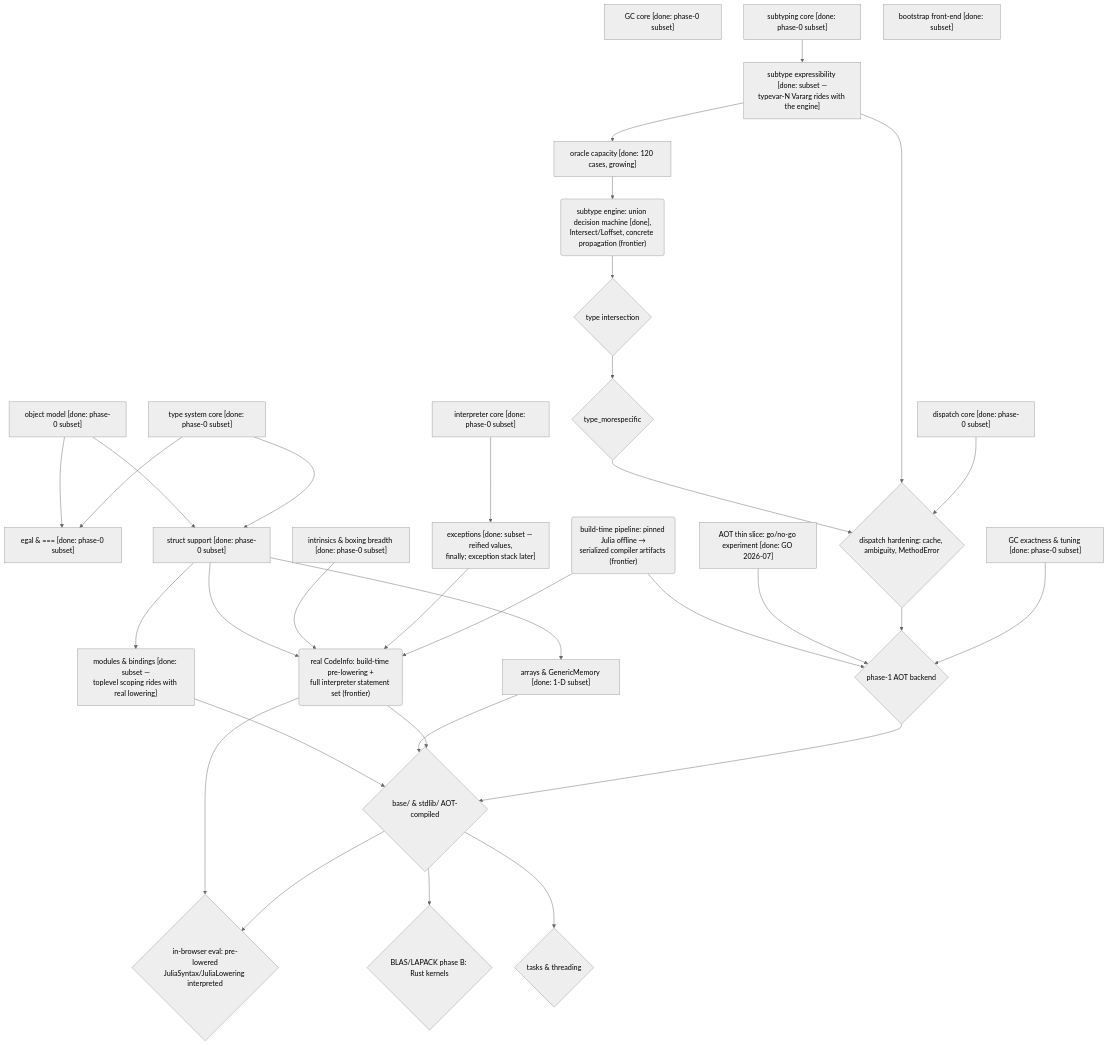
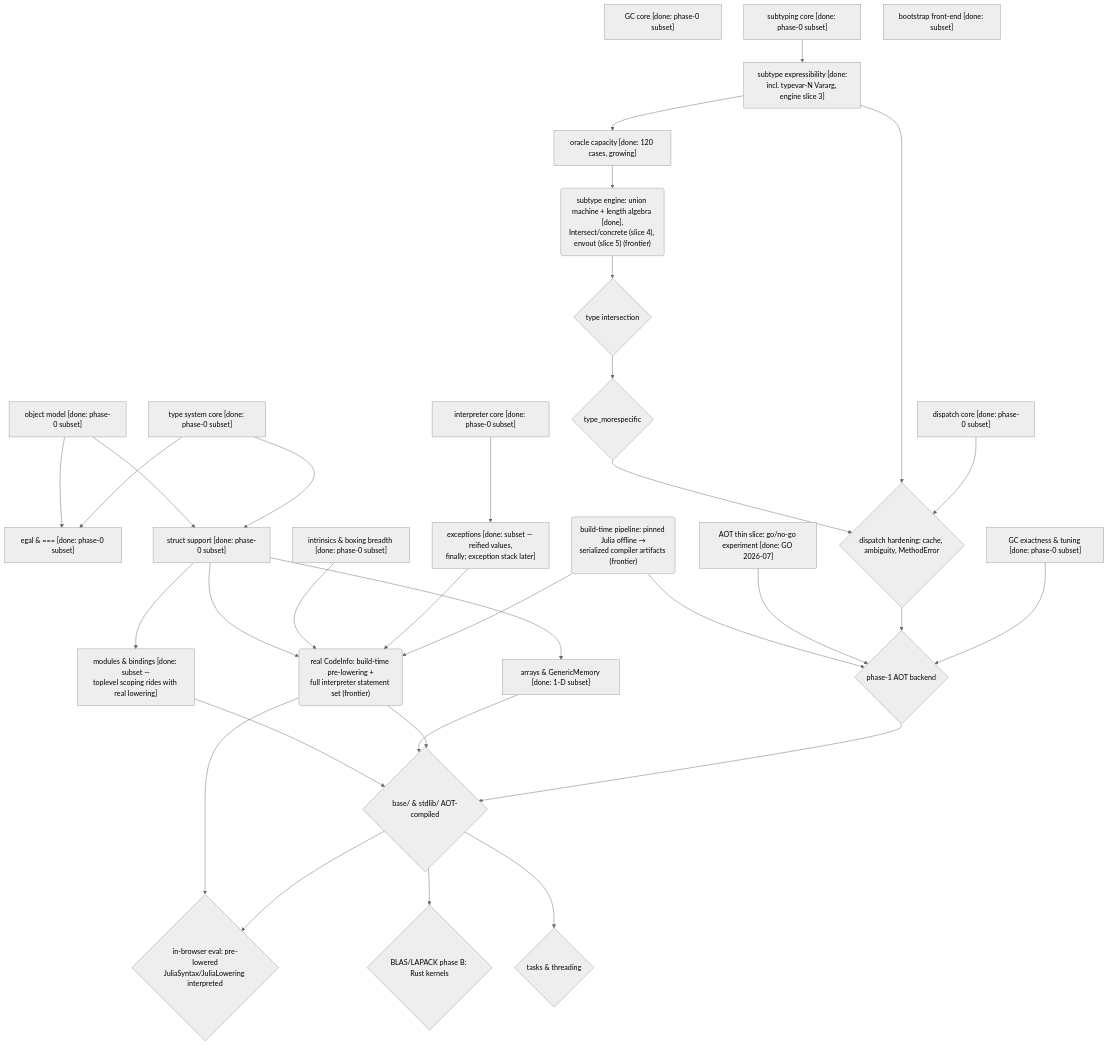
One commit to andy-emerson/Ruju changed the diagram in design/strategy.md. Above: the diagram before and after it, drawn with Mermaid (neutral theme). The commit also changed other lines of this file and 7 other files, not shown here.

````diff
--- a/design/strategy.md
+++ b/design/strategy.md
@@ -127,65 +127,65 @@
 ```mermaid
 flowchart TD
     OBJ["object model [done: phase-0 subset]"]
     GC0["GC core [done: phase-0 subset]"]
     TYPES["type system core [done: phase-0 subset]"]
     SUB0["subtyping core [done: phase-0 subset]"]
     DISP0["dispatch core [done: phase-0 subset]"]
     INTERP0["interpreter core [done: phase-0 subset]"]
     FE0["bootstrap front-end [done: subset]"]
 
     EGAL["egal & === [done: phase-0 subset]"]
     STRUCTS["struct support [done: phase-0 subset]"]
     INTRIN["intrinsics & boxing breadth [done: phase-0 subset]"]
     GCX["GC exactness & tuning [done: phase-0 subset]"]
-    SUBXE["subtype expressibility [done: subset —<br/>typevar-N Vararg rides with the engine]"]
+    SUBXE["subtype expressibility [done:<br/>incl. typevar-N Vararg, engine slice 3]"]
     EXC["exceptions [done: subset — reified values,<br/>finally; exception stack later]"]
 
     ORACLE["oracle capacity [done: 120 cases, growing]"]
-    SUBXM("subtype engine: union decision machine [done],<br/>Intersect/Loffset, concrete propagation (frontier)")
+    SUBXM("subtype engine: union machine + length algebra [done],<br/>Intersect/concrete (slice 4), envout (slice 5) (frontier)")
     ISECT{"type intersection"}
     MORESPEC{"type_morespecific"}
     DISPX{"dispatch hardening: cache, ambiguity, MethodError"}
     ARRAYS["arrays & GenericMemory [done: 1-D subset]"]
     MODULES["modules & bindings [done: subset —<br/>toplevel scoping rides with real lowering]"]
     BOOTPIPE("build-time pipeline: pinned Julia offline →<br/>serialized compiler artifacts (frontier)")
     THINSLICE["AOT thin slice: go/no-go experiment [done: GO 2026-07]"]
     LOWER("real CodeInfo: build-time pre-lowering +<br/>full interpreter statement set (frontier)")
     EVAL{"in-browser eval: pre-lowered<br/>JuliaSyntax/JuliaLowering interpreted"}
     AOT{"phase-1 AOT backend"}
     BASE{"base/ & stdlib/ AOT-compiled"}
     BLAS{"BLAS/LAPACK phase B: Rust kernels"}
     TASKS{"tasks & threading"}
 
     OBJ --> STRUCTS
     TYPES --> STRUCTS
     OBJ --> EGAL
     TYPES --> EGAL
     SUB0 --> SUBXE
     SUBXE --> ORACLE
     ORACLE --> SUBXM
     SUBXM --> ISECT
     ISECT --> MORESPEC
     MORESPEC --> DISPX
     SUBXE --> DISPX
     DISP0 --> DISPX
     STRUCTS --> ARRAYS
     STRUCTS --> MODULES
     INTERP0 --> EXC
     STRUCTS --> LOWER
     INTRIN --> LOWER
     EXC --> LOWER
     BOOTPIPE --> LOWER
     BOOTPIPE --> AOT
     THINSLICE --> AOT
     LOWER --> EVAL
     BASE --> EVAL
     MODULES --> BASE
     ARRAYS --> BASE
     LOWER --> BASE
     AOT --> BASE
     DISPX --> AOT
     GCX --> AOT
     BASE --> BLAS
     BASE --> TASKS
 ```
````
